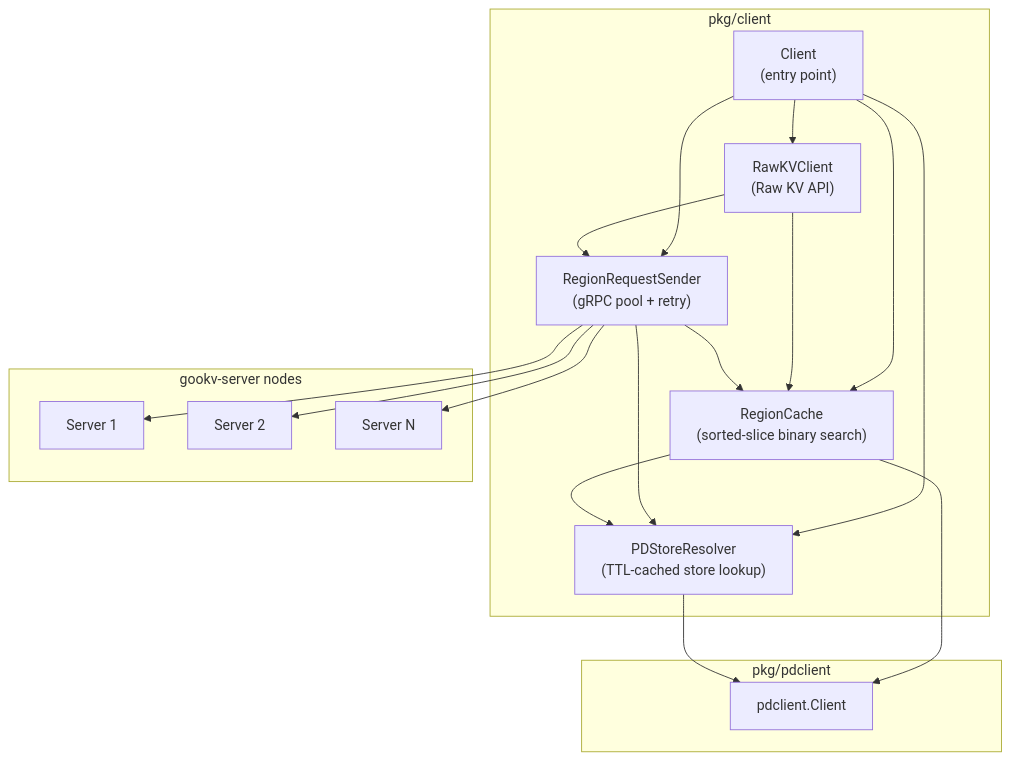
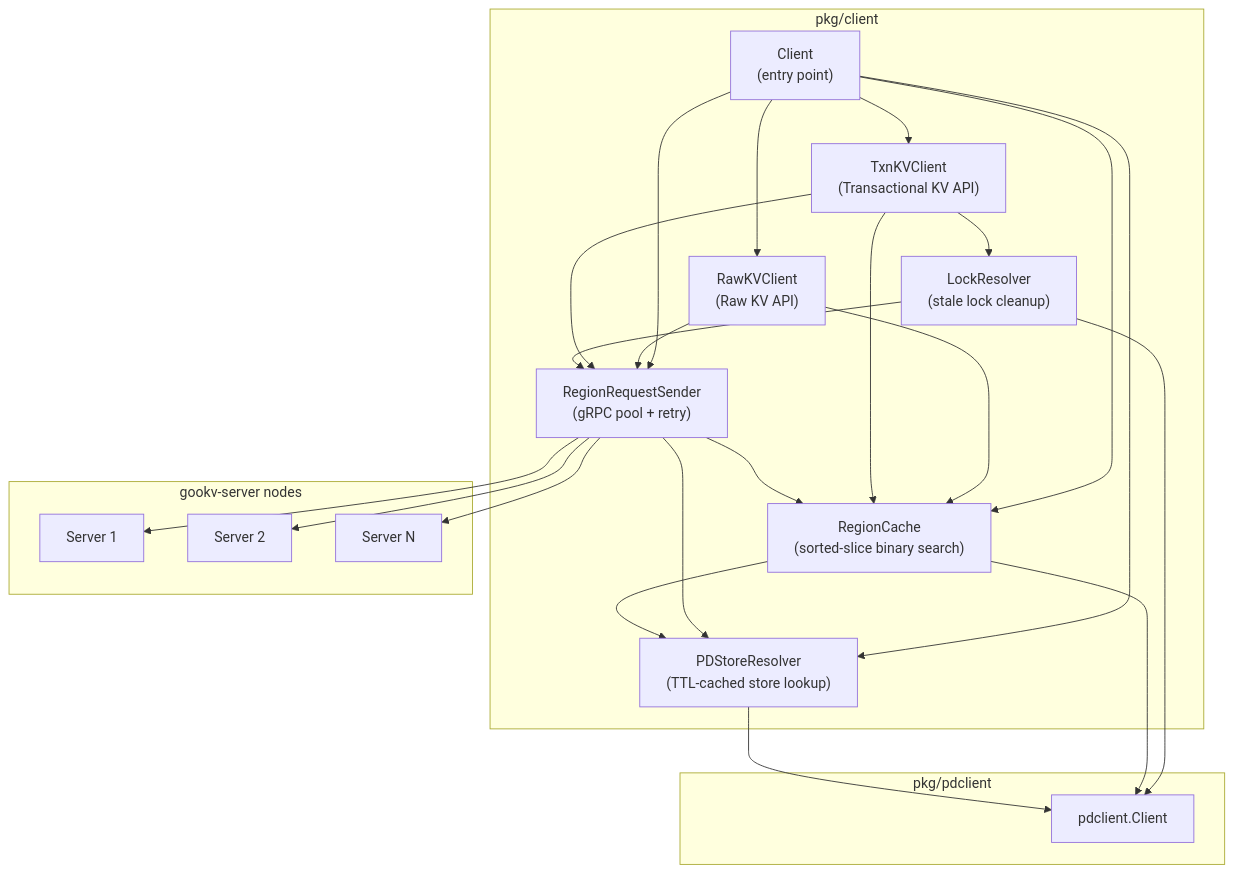
Before and after one commit to ryogrid/gookvs: the second of 4 diagrams in impl_doc/06_client_and_cli.md, drawn with Mermaid. The commit also changed other lines of this file and 4 other files, not shown here.

First line of the commit message:
Update documentation for cross-region TxnClient implementation

````diff
--- a/impl_doc/06_client_and_cli.md
+++ b/impl_doc/06_client_and_cli.md
@@ -299,35 +299,43 @@
 ```mermaid
 graph TB
     subgraph "pkg/client"
         CLIENT["Client<br/>(entry point)"]
         RAWKV["RawKVClient<br/>(Raw KV API)"]
+        TXNKV["TxnKVClient<br/>(Transactional KV API)"]
+        LOCKRES["LockResolver<br/>(stale lock cleanup)"]
         CACHE["RegionCache<br/>(sorted-slice binary search)"]
         SENDER["RegionRequestSender<br/>(gRPC pool + retry)"]
         RESOLVER["PDStoreResolver<br/>(TTL-cached store lookup)"]
     end
 
     subgraph "pkg/pdclient"
         PDCLIENT["pdclient.Client"]
     end
 
     subgraph "gookv-server nodes"
         SRV1["Server 1"]
         SRV2["Server 2"]
         SRV_N["Server N"]
     end
 
     CLIENT --> RAWKV
+    CLIENT --> TXNKV
     CLIENT --> CACHE
     CLIENT --> RESOLVER
     CLIENT --> SENDER
     RAWKV --> SENDER
     RAWKV --> CACHE
+    TXNKV --> SENDER
+    TXNKV --> CACHE
+    TXNKV --> LOCKRES
+    LOCKRES --> SENDER
+    LOCKRES --> PDCLIENT
     SENDER --> CACHE
     SENDER --> RESOLVER
     CACHE --> PDCLIENT
     CACHE --> RESOLVER
     RESOLVER --> PDCLIENT
     SENDER --> SRV1
     SENDER --> SRV2
     SENDER --> SRV_N
 ```
````
